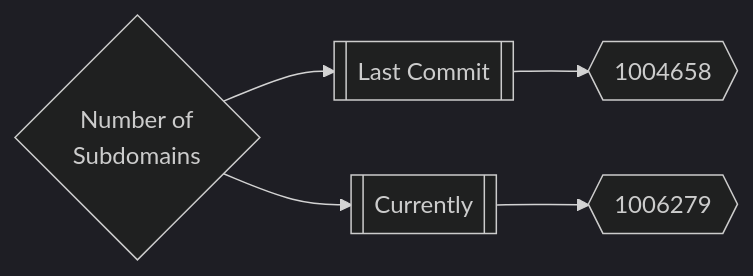
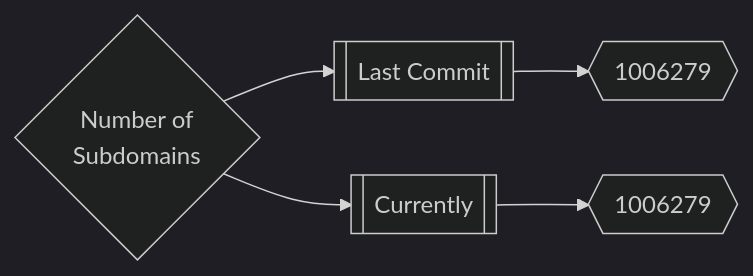
One commit to trickest/inventory changed the first of 3 diagrams in README.md. Above: the diagram before and after it, drawn with Mermaid (dark theme).

Commit message:
Update README.md Sat Aug  6 21:59:50 UTC 2022

````diff
--- a/README.md
+++ b/README.md
@@ -167,5 +167,5 @@
 ```mermaid
 graph LR
-title{Number of<br>Subdomains} --> subdomainsDate1[[Last Commit]] --> subdomainsNum1{{1004658}}
+title{Number of<br>Subdomains} --> subdomainsDate1[[Last Commit]] --> subdomainsNum1{{1006279}}
 title --> subdomainsDate2[[Currently]] --> subdomainsNum2{{1006279}}
 ```
````
